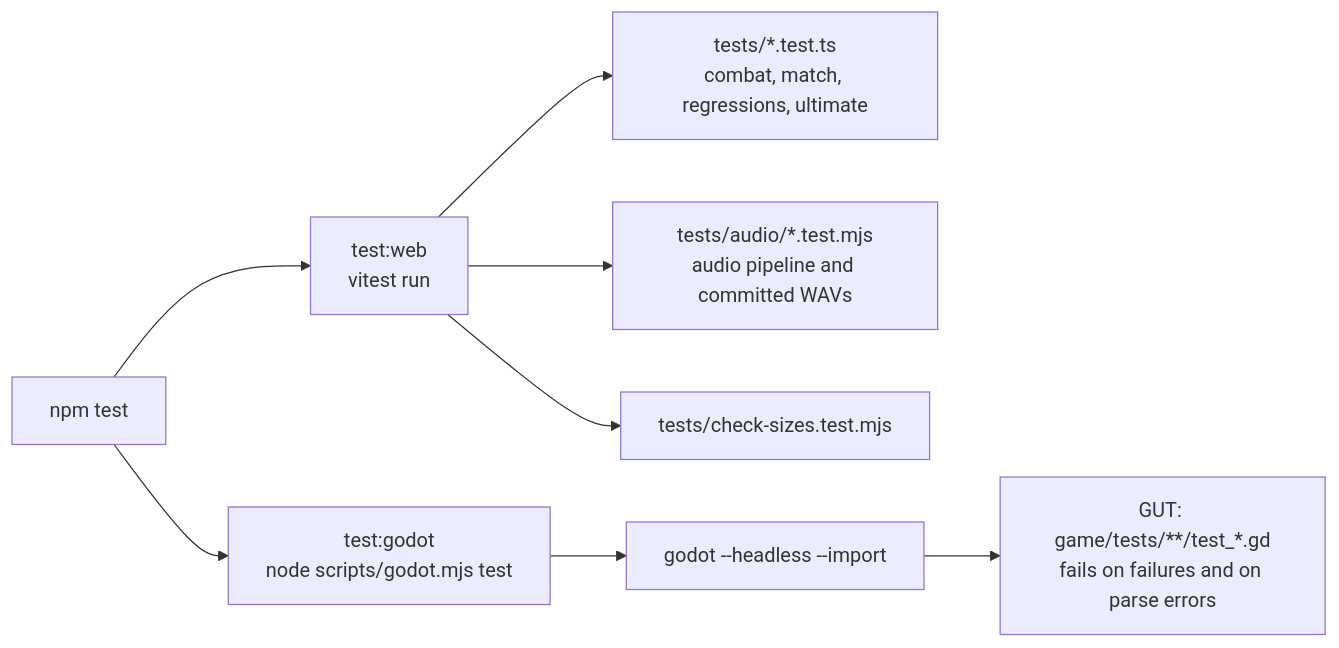
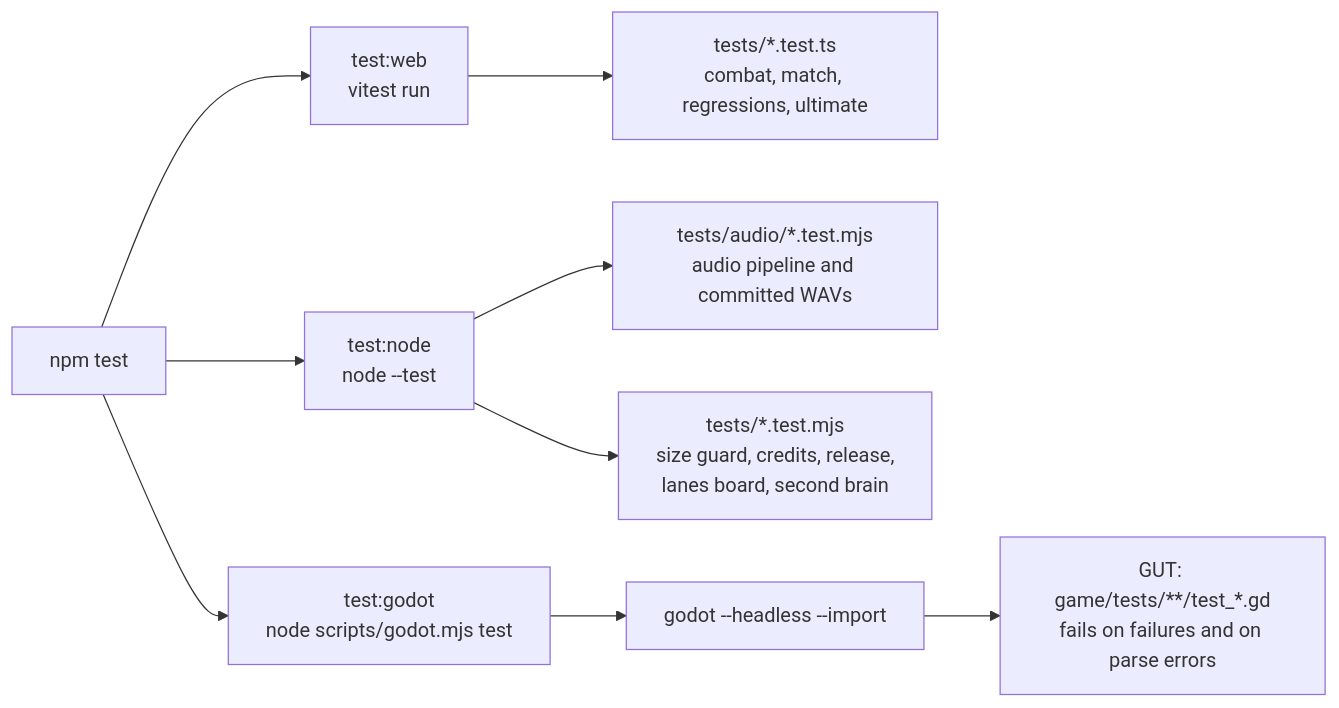
Before and after one commit to Arod231/monomachia: diagram 19 of 22 in docs/architecture.md, drawn with Mermaid. The commit also changed other lines of this file and 16 other files, not shown here.

First line of the commit message:
Run the Node tests on node --test (26.1)

````diff
--- a/docs/architecture.md
+++ b/docs/architecture.md
@@ -902,10 +902,11 @@
 ```mermaid
 flowchart LR
     NT["npm test"] --> W["test:web<br/>vitest run"]
+    NT --> N["test:node<br/>node --test"]
     NT --> G["test:godot<br/>node scripts/godot.mjs test"]
     W --> WT["tests/*.test.ts<br/>combat, match, regressions, ultimate"]
-    W --> WA["tests/audio/*.test.mjs<br/>audio pipeline and committed WAVs"]
-    W --> WS["tests/check-sizes.test.mjs"]
+    N --> WA["tests/audio/*.test.mjs<br/>audio pipeline and committed WAVs"]
+    N --> WS["tests/*.test.mjs<br/>size guard, credits, release,<br/>lanes board, second brain"]
     G --> IMP["godot --headless --import"]
     IMP --> GUT["GUT: game/tests/**/test_*.gd<br/>fails on failures and on parse errors"]
 ```
````
